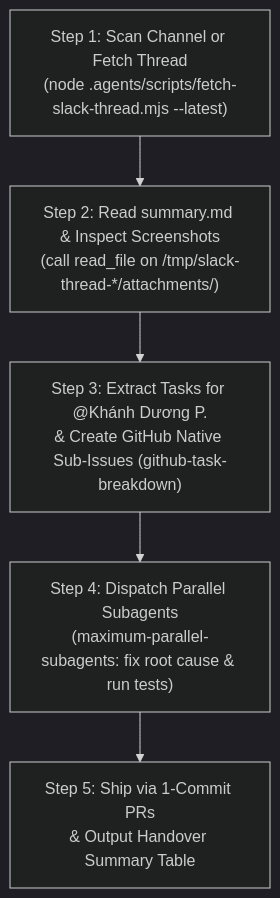
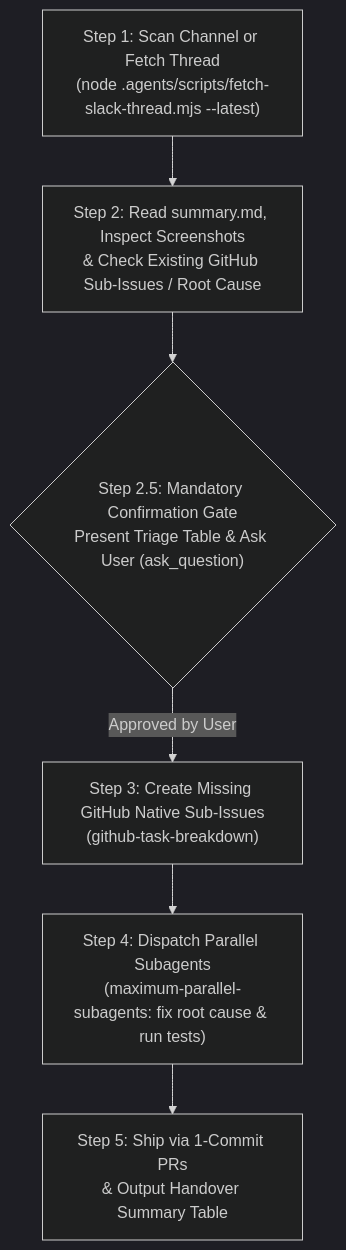
Before and after one commit to khanhduong22/agent-harness-kit: the diagram in skills/slack-index-autofix/SKILL.md, drawn with Mermaid (dark theme). The commit also changed other lines of this file, not shown here.

Commit message:
fix(workflows): add mandatory confirmation gate before creating sub-issues or shipping PRs

````diff
--- a/skills/slack-index-autofix/SKILL.md
+++ b/skills/slack-index-autofix/SKILL.md
@@ -42,7 +42,8 @@
 ```mermaid
 flowchart TD
-    A["Step 1: Scan Channel or Fetch Thread<br/>(node .agents/scripts/fetch-slack-thread.mjs --latest)"] --> B["Step 2: Read summary.md & Inspect Screenshots<br/>(call read_file on /tmp/slack-thread-*/attachments/)"]
-    B --> C["Step 3: Extract Tasks for @Khánh Dương P.<br/>& Create GitHub Native Sub-Issues (github-task-breakdown)"]
+    A["Step 1: Scan Channel or Fetch Thread<br/>(node .agents/scripts/fetch-slack-thread.mjs --latest)"] --> B["Step 2: Read summary.md, Inspect Screenshots<br/>& Check Existing GitHub Sub-Issues / Root Cause"]
+    B --> G{"Step 2.5: Mandatory Confirmation Gate<br/>Present Triage Table & Ask User (ask_question)"}
+    G -- "Approved by User" --> C["Step 3: Create Missing GitHub Native Sub-Issues<br/>(github-task-breakdown)"]
     C --> D["Step 4: Dispatch Parallel Subagents<br/>(maximum-parallel-subagents: fix root cause & run tests)"]
     D --> E["Step 5: Ship via 1-Commit PRs<br/>& Output Handover Summary Table"]
 ```
````
